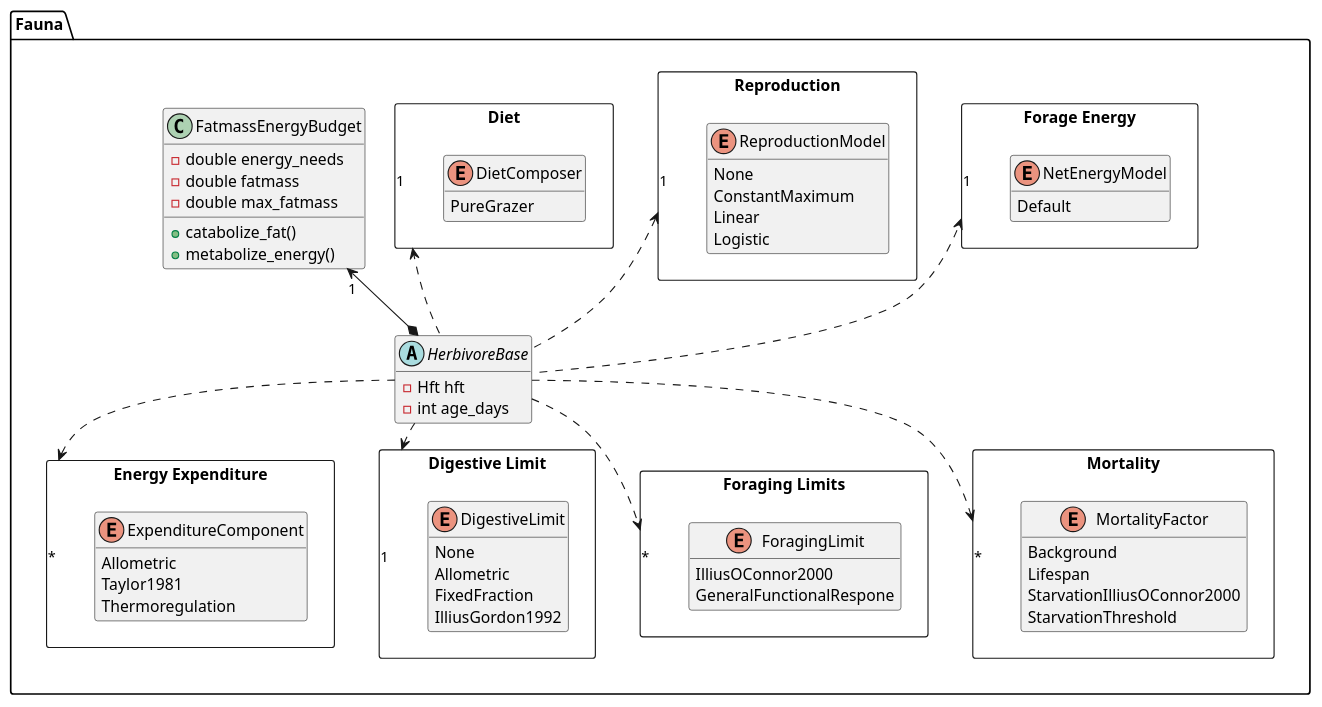
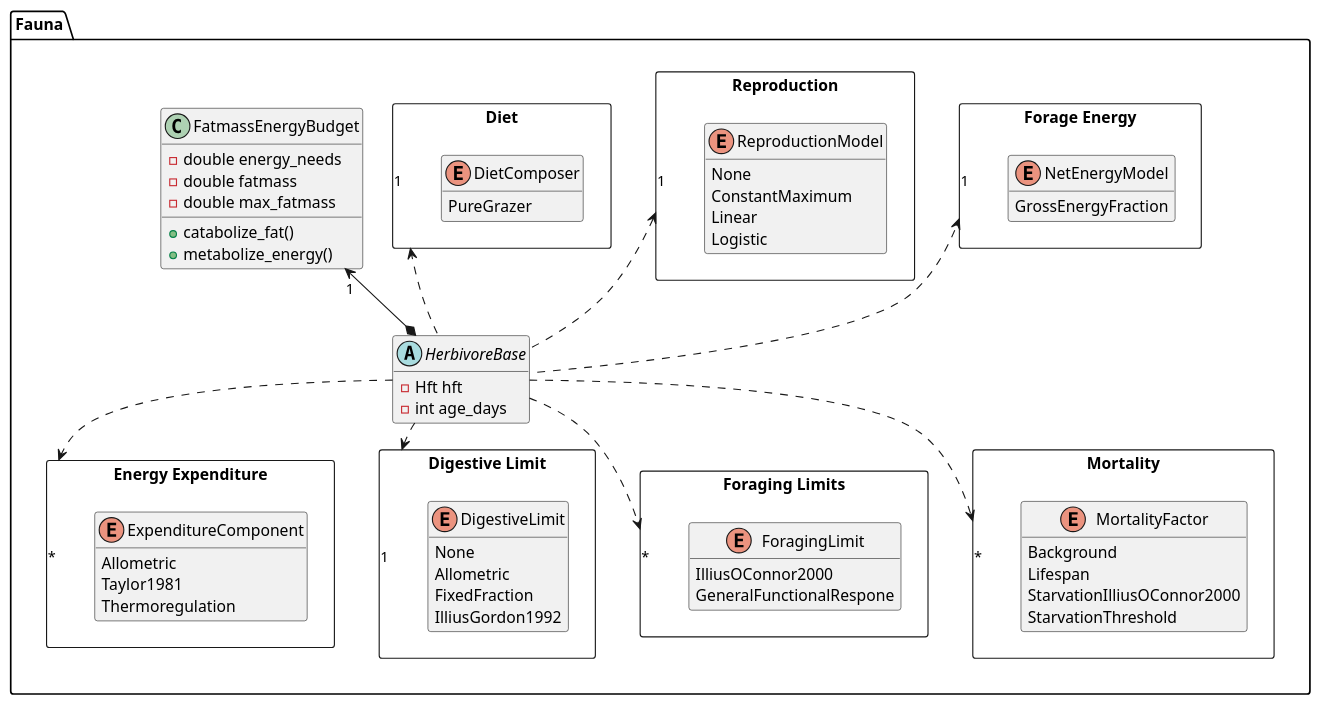
Before and after one commit to wtraylor/modular_megafauna_model: the sixth of 13 diagrams in docs/diagrams.iuml, drawn with PlantUML. The commit also changed 24 other files, not shown here.

First line of the commit message:
Implement net energy content based on gross energy

```diff
--- a/docs/diagrams.iuml
+++ b/docs/diagrams.iuml
@@ -120,72 +120,72 @@
 @startuml (id=herbivorebase_compartments)
   hide methods
   namespace Fauna{
   abstract HerbivoreBase{
     -Hft hft
     -int age_days
   }
   class FatmassEnergyBudget{
     +catabolize_fat()
     +metabolize_energy()
     -double energy_needs
     -double fatmass
     -double max_fatmass
   }
   show FatmassEnergyBudget methods
   HerbivoreBase *-up-> "1" FatmassEnergyBudget
   package "Forage Energy" <<rectangle>> {
     enum NetEnergyModel{
-      Default
+      GrossEnergyFraction
     }
   }
   HerbivoreBase .up.> "1" "Forage Energy"
   package "Reproduction" <<rectangle>> {
     enum ReproductionModel{
       None
       ConstantMaximum
       Linear
       Logistic
     }
   }
   HerbivoreBase .up.> "1" "Reproduction"
   package "Diet" <<rectangle>> {
     enum DietComposer{
       PureGrazer
     }
   }
   HerbivoreBase  .up.> "1" "Diet"
   package "Energy Expenditure" <<rectangle>>  {
     enum ExpenditureComponent{
       Allometric
       Taylor1981
       Thermoregulation
     }
   }
   HerbivoreBase  ..> "*" "Energy Expenditure"
     package "Digestive Limit" <<rectangle>>  {
     enum DigestiveLimit{
       None
       Allometric
       FixedFraction
       IlliusGordon1992
     }
   }
   HerbivoreBase  ..> "1" "Digestive Limit"
   package "Foraging Limits" <<rectangle>>  {
     enum ForagingLimit{
       IlliusOConnor2000
       GeneralFunctionalRespone
     }
   }
   HerbivoreBase  ..> "*" "Foraging Limits"
   package "Mortality" <<rectangle>> {
     enum MortalityFactor{
       Background
       Lifespan
       StarvationIlliusOConnor2000
       StarvationThreshold
     }
   }
   HerbivoreBase ..> "*" "Mortality"
   }
 @enduml
```
